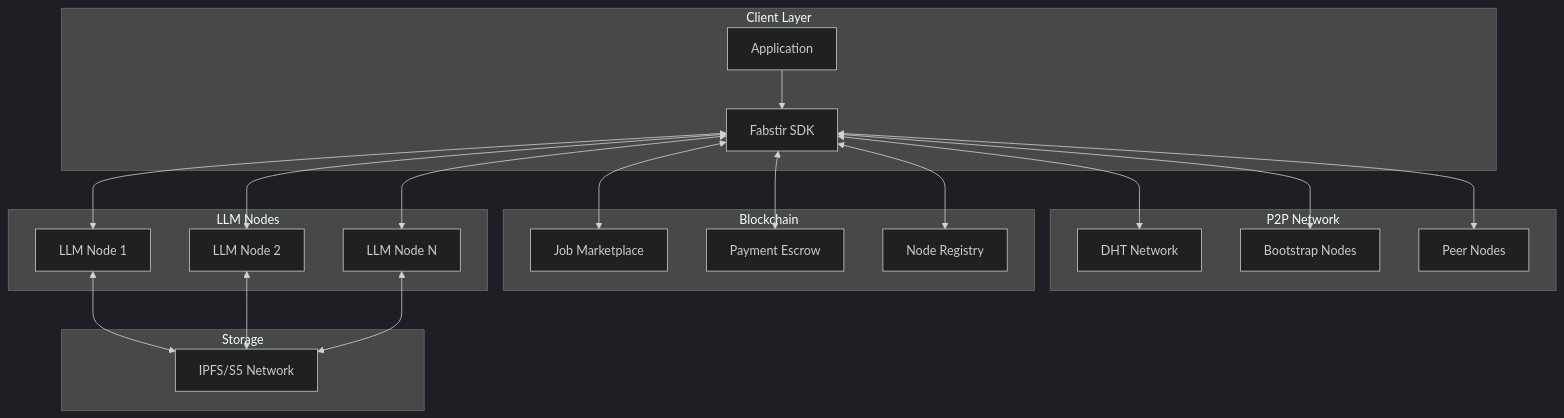
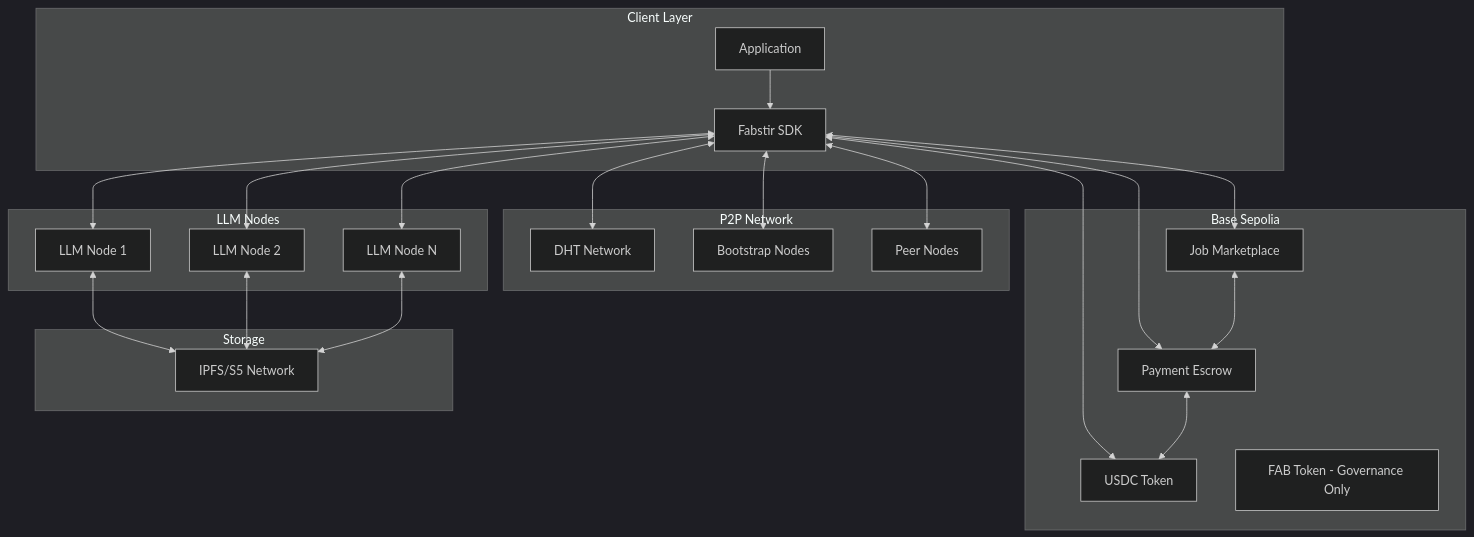
The first of 8 diagrams in docs/ARCHITECTURE.md (Fabstir/fabstir-llm-sdk), drawn with Mermaid (dark theme) before and after one commit. The commit also changed other lines of this file and 5 other files, not shown here.

````diff
--- a/docs/ARCHITECTURE.md
+++ b/docs/ARCHITECTURE.md
@@ -36,43 +37,46 @@
 ```mermaid
 graph TB
     subgraph Client Layer
         SDK[Fabstir SDK]
         APP[Application]
     end
 
     subgraph P2P Network
         DHT[DHT Network]
         BOOTSTRAP[Bootstrap Nodes]
         PEERS[Peer Nodes]
     end
 
-    subgraph Blockchain
+    subgraph Blockchain[Base Sepolia]
         JM[Job Marketplace]
         PE[Payment Escrow]
-        NR[Node Registry]
+        USDC[USDC Token]
+        FAB[FAB Token - Governance Only]
     end
 
     subgraph Storage
         IPFS[IPFS/S5 Network]
     end
 
     subgraph LLM Nodes
         NODE1[LLM Node 1]
         NODE2[LLM Node 2]
         NODE3[LLM Node N]
     end
 
     APP --> SDK
     SDK <--> DHT
     SDK <--> BOOTSTRAP
     SDK <--> PEERS
     SDK <--> JM
     SDK <--> PE
-    SDK <--> NR
+    SDK <--> USDC
+    JM <--> PE
+    PE <--> USDC
     SDK <--> NODE1
     SDK <--> NODE2
     SDK <--> NODE3
     NODE1 <--> IPFS
     NODE2 <--> IPFS
     NODE3 <--> IPFS
 ```
````
